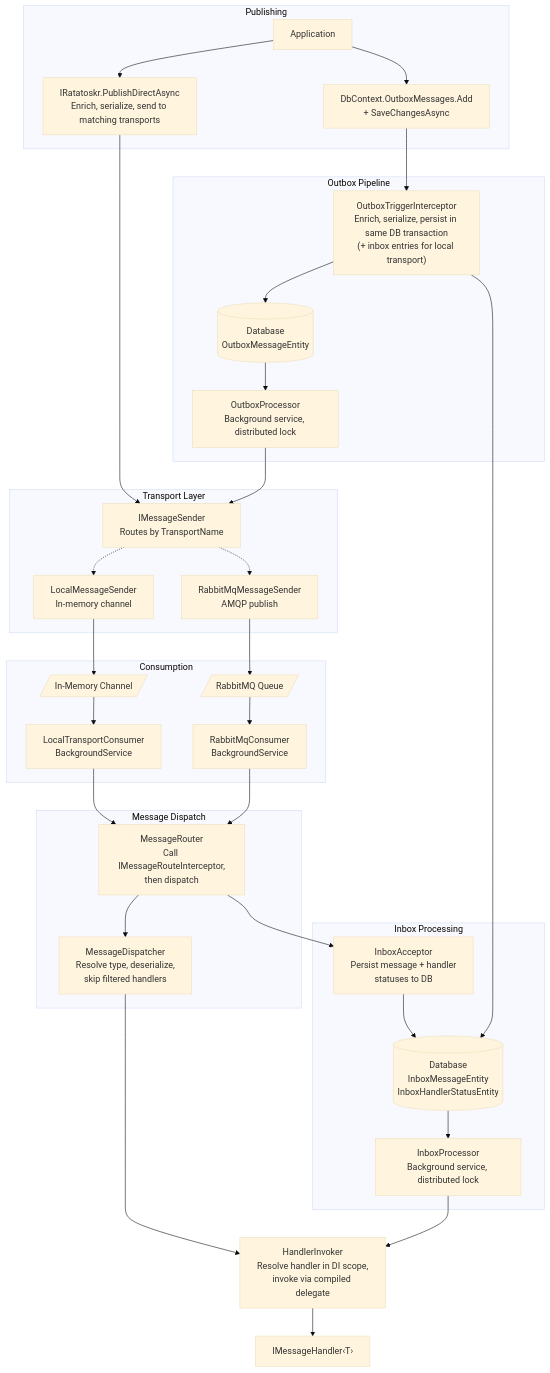
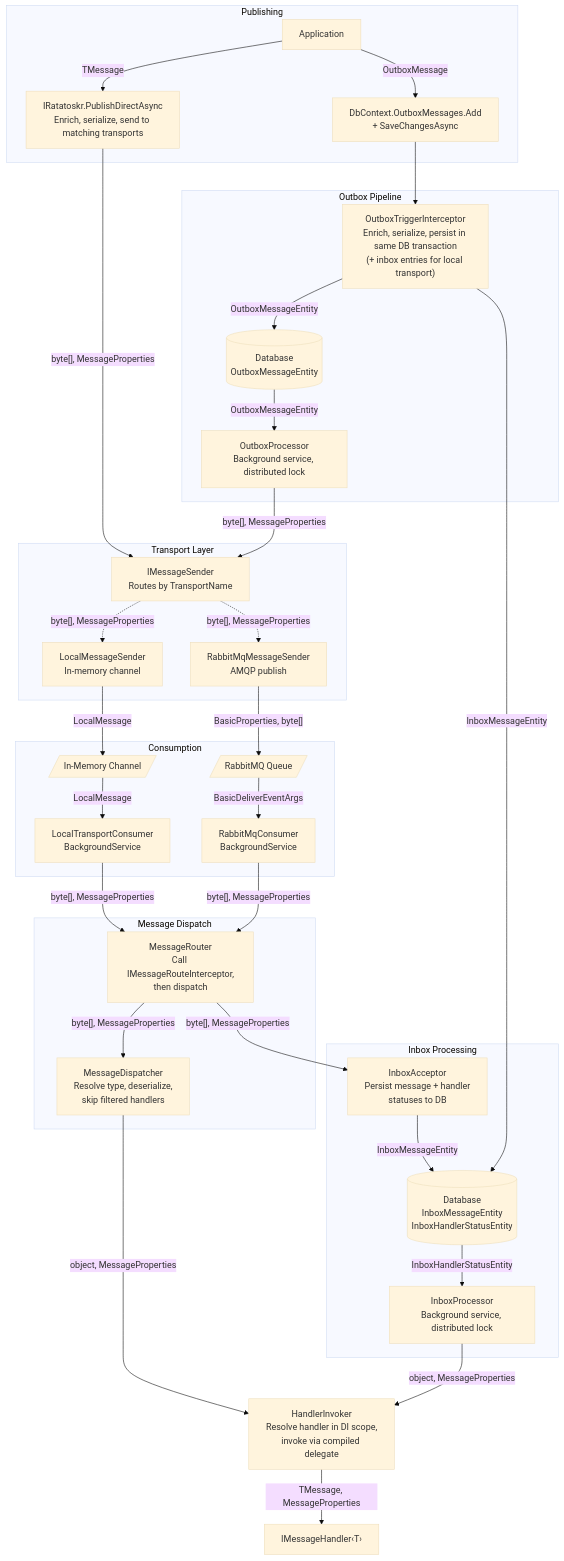
One commit to saithis/Ratatoskr changed the second of 9 diagrams in docs/architecture.md. Above: the diagram before and after it, drawn with Mermaid (base theme). The commit also changed other lines of this file and 8 other files, not shown here.

````diff
--- a/docs/architecture.md
+++ b/docs/architecture.md
@@ -56,70 +63,70 @@
 ```mermaid
 flowchart TD
     subgraph Publish ["Publishing"]
         App["Application"]
-        Direct["IRatatoskr.PublishDirectAsync\nEnrich, serialize, send to matching transports"]
-        Outbox["DbContext.OutboxMessages.Add\n+ SaveChangesAsync"]
+        Direct["IRatatoskr.PublishDirectAsync<br/>Enrich, serialize, send to matching transports"]
+        Outbox["DbContext.OutboxMessages.Add<br/>+ SaveChangesAsync"]
 
-        App --> Direct
-        App --> Outbox
+        App -->|"TMessage"| Direct
+        App -->|"OutboxMessage"| Outbox
     end
 
     subgraph OutboxPipeline ["Outbox Pipeline"]
-        Interceptor["OutboxTriggerInterceptor\nEnrich, serialize, persist in same DB transaction\n(+ inbox entries for local transport)"]
-        OutboxDB[("Database\nOutboxMessageEntity")]
-        OutboxProc["OutboxProcessor\nBackground service, distributed lock"]
+        Interceptor["OutboxTriggerInterceptor<br/>Enrich, serialize, persist in same DB transaction<br/>(+ inbox entries for local transport)"]
+        OutboxDB[("Database<br/>OutboxMessageEntity")]
+        OutboxProc["OutboxProcessor<br/>Background service, distributed lock"]
 
         Outbox --> Interceptor
-        Interceptor --> OutboxDB
-        OutboxDB --> OutboxProc
+        Interceptor -->|"OutboxMessageEntity"| OutboxDB
+        OutboxDB -->|"OutboxMessageEntity"| OutboxProc
     end
 
     subgraph Transport ["Transport Layer"]
-        SenderInterface["IMessageSender\nRoutes by TransportName"]
-        Local["LocalMessageSender\nIn-memory channel"]
-        RmqSend["RabbitMqMessageSender\nAMQP publish"]
+        SenderInterface["IMessageSender<br/>Routes by TransportName"]
+        Local["LocalMessageSender<br/>In-memory channel"]
+        RmqSend["RabbitMqMessageSender<br/>AMQP publish"]
 
-        Direct --> SenderInterface
-        OutboxProc --> SenderInterface
-        SenderInterface -.-> Local
-        SenderInterface -.-> RmqSend
+        Direct -->|"byte[], MessageProperties"| SenderInterface
+        OutboxProc -->|"byte[], MessageProperties"| SenderInterface
+        SenderInterface -.->|"byte[], MessageProperties"| Local
+        SenderInterface -.->|"byte[], MessageProperties"| RmqSend
     end
 
     subgraph Consume ["Consumption"]
         InMemCh[/"In-Memory Channel"/]
         RmqQueue[/"RabbitMQ Queue"/]
-        LocalConsumer["LocalTransportConsumer\nBackgroundService"]
-        RmqConsumer["RabbitMqConsumer\nBackgroundService"]
+        LocalConsumer["LocalTransportConsumer<br/>BackgroundService"]
+        RmqConsumer["RabbitMqConsumer<br/>BackgroundService"]
 
-        Local --> InMemCh
-        RmqSend --> RmqQueue
-        InMemCh --> LocalConsumer
-        RmqQueue --> RmqConsumer
+        Local -->|"LocalMessage"| InMemCh
+        RmqSend -->|"BasicProperties, byte[]"| RmqQueue
+        InMemCh -->|"LocalMessage"| LocalConsumer
+        RmqQueue -->|"BasicDeliverEventArgs"| RmqConsumer
     end
 
     subgraph Dispatch ["Message Dispatch"]
-        Router["MessageRouter\nCall IMessageRouteInterceptor,\nthen dispatch"]
-        Dispatcher["MessageDispatcher\nResolve type, deserialize,\nskip filtered handlers"]
+        Router["MessageRouter<br/>Call IMessageRouteInterceptor,<br/>then dispatch"]
+        Dispatcher["MessageDispatcher<br/>Resolve type, deserialize,<br/>skip filtered handlers"]
 
-        LocalConsumer --> Router
-        RmqConsumer --> Router
-        Router --> Dispatcher
+        LocalConsumer -->|"byte[], MessageProperties"| Router
+        RmqConsumer -->|"byte[], MessageProperties"| Router
+        Router -->|"byte[], MessageProperties"| Dispatcher
     end
 
     subgraph Inbox ["Inbox Processing"]
-        InboxAccept["InboxAcceptor\nPersist message + handler\nstatuses to DB"]
-        InboxDB[("Database\nInboxMessageEntity\nInboxHandlerStatusEntity")]
-        InboxProc["InboxProcessor\nBackground service, distributed lock"]
+        InboxAccept["InboxAcceptor<br/>Persist message + handler<br/>statuses to DB"]
+        InboxDB[("Database<br/>InboxMessageEntity<br/>InboxHandlerStatusEntity")]
+        InboxProc["InboxProcessor<br/>Background service, distributed lock"]
 
-        Interceptor --> InboxDB
-        Router --> InboxAccept
-        InboxAccept --> InboxDB
-        InboxDB --> InboxProc
+        Interceptor -->|"InboxMessageEntity"| InboxDB
+        Router -->|"byte[], MessageProperties"| InboxAccept
+        InboxAccept -->|"InboxMessageEntity"| InboxDB
+        InboxDB -->|"InboxHandlerStatusEntity"| InboxProc
     end
 
-    Invoker["HandlerInvoker\nResolve handler in DI scope,\ninvoke via compiled delegate"]
+    Invoker["HandlerInvoker<br/>Resolve handler in DI scope,<br/>invoke via compiled delegate"]
     Handler["IMessageHandler‹T›"]
-    Dispatcher --> Invoker
-    InboxProc --> Invoker
-    Invoker --> Handler
+    Dispatcher -->|"object, MessageProperties"| Invoker
+    InboxProc -->|"object, MessageProperties"| Invoker
+    Invoker -->|"TMessage, MessageProperties"| Handler
 ```
````
